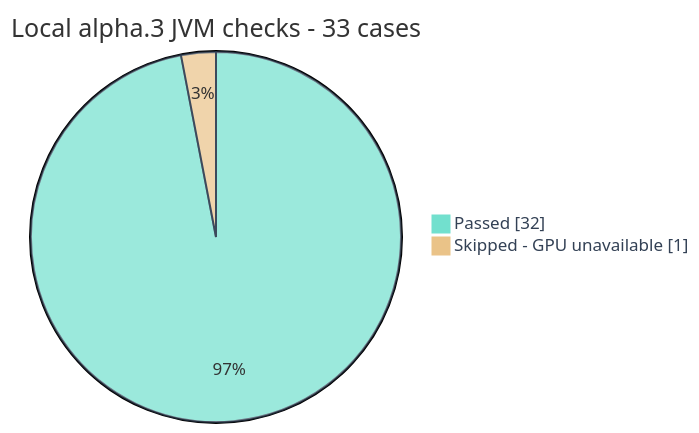
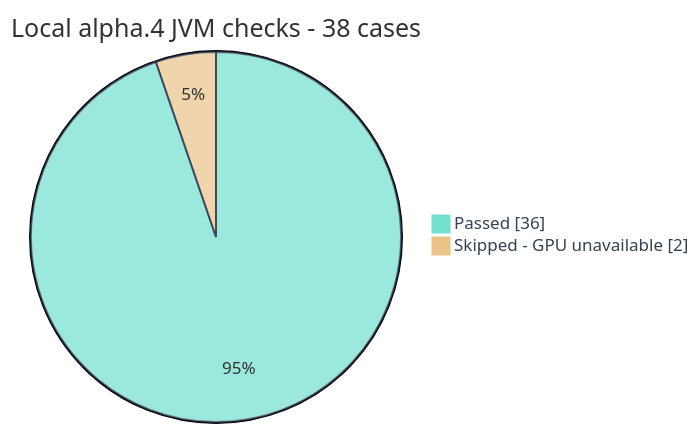
The third of 4 diagrams in README.md (sabbirimon/HyperL), drawn with Mermaid before and after one commit. The commit also changed other lines of this file and 24 other files, not shown here.

````diff
--- a/README.md
+++ b/README.md
@@ -243,7 +267,7 @@
 ```mermaid
 %%{init: {'theme':'base','themeVariables':{'pie1':'#72e0ce','pie2':'#eac388','pieStrokeColor':'#2a394d','pieLegendTextColor':'#334155'}}}%%
 pie showData
-    title Local alpha.3 JVM checks - 33 cases
-    "Passed" : 32
-    "Skipped - GPU unavailable" : 1
+    title Local alpha.4 JVM checks - 38 cases
+    "Passed" : 36
+    "Skipped - GPU unavailable" : 2
 ```
````
